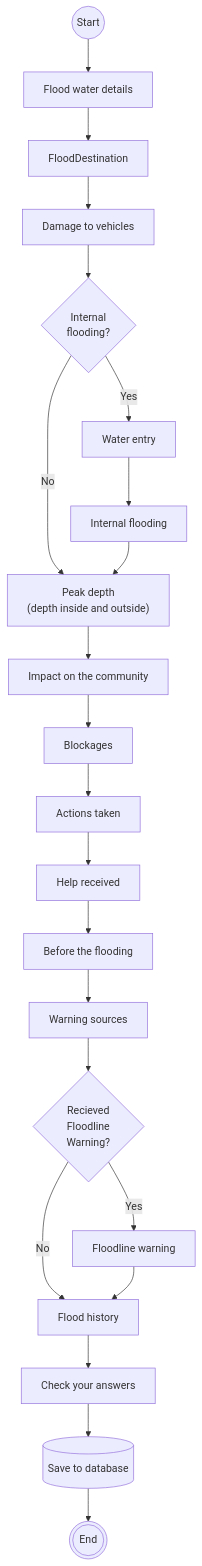
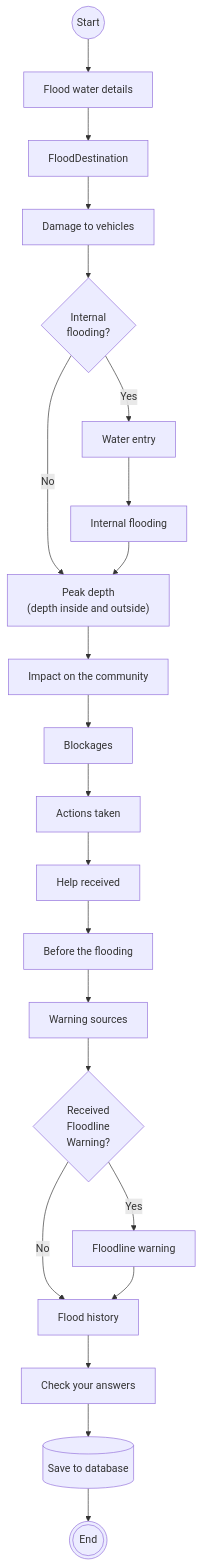
The diagram in docs/flows/investigation.md (Dorset-Council-UK/FloodOnlineReportingTool.Public), drawn with Mermaid before and after one commit.

````diff
--- a/docs/flows/investigation.md
+++ b/docs/flows/investigation.md
@@ -18,24 +18,24 @@
 ```mermaid
 flowchart TB
     Index((Start)) --> Speed[Flood water details]
     Speed --> FloodDestination
     FloodDestination --> Vehicles[Damage to vehicles]
     Vehicles --> IsInternalFlooding{Internal<br>flooding?}
     IsInternalFlooding -- No --> PeakDepth["Peak depth<br>(depth inside and outside)"]
     IsInternalFlooding -- Yes --> Entry["Water entry"]
     Entry --> InternalWhen["Internal flooding"]
     InternalWhen --> PeakDepth
     PeakDepth --> CommunityImpact[Impact on the community]
     CommunityImpact --> Blockages
     Blockages --> ActionsTaken[Actions taken]
     ActionsTaken --> HelpReceived[Help received]
     HelpReceived --> Warnings[Before the flooding]
     Warnings --> WarningSources[Warning sources]
-    WarningSources --> WarningSourceContainsFloodline{Recieved<br>Floodline<br>Warning?}
+    WarningSources --> WarningSourceContainsFloodline{Received<br>Floodline<br>Warning?}
     WarningSourceContainsFloodline -- No --> History[Flood history]
     WarningSourceContainsFloodline -- Yes --> Floodline[Floodline warning]
     Floodline --> History
     History --> Summary[Check your answers]
     Summary --> Save[(Save to database)]
     Save --> Confirmation((( End )))
 ```
````
